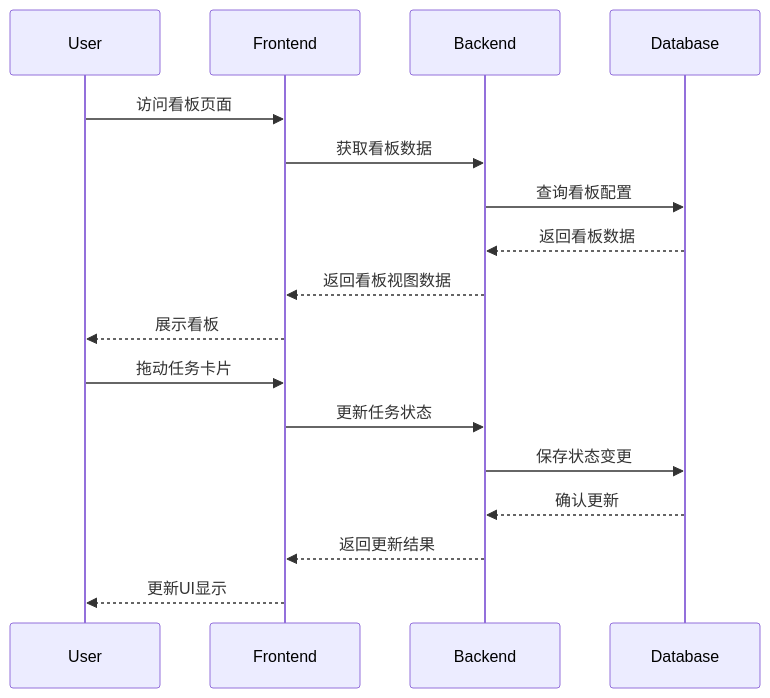
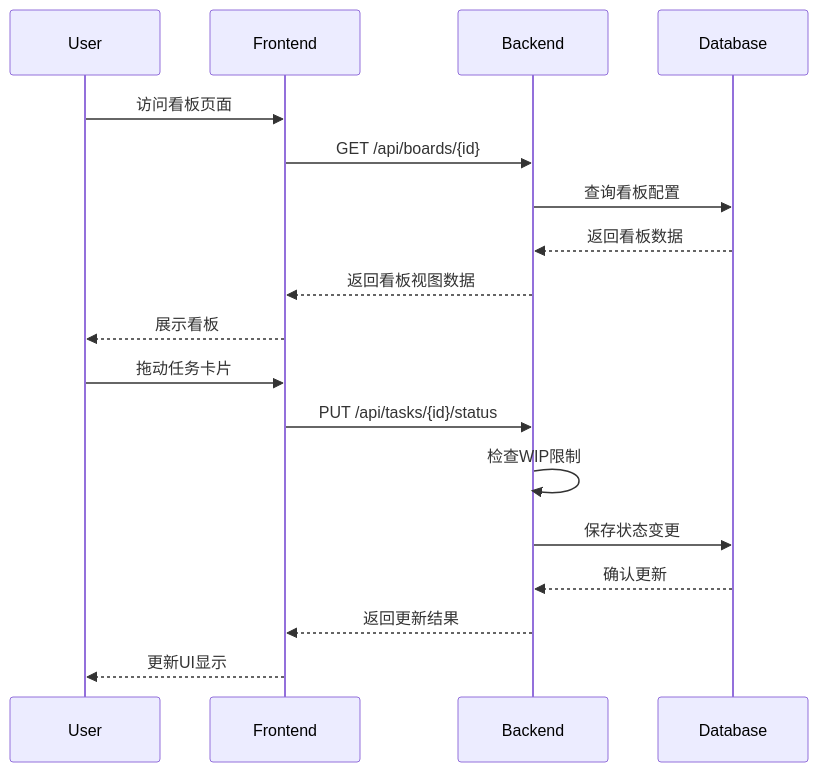
Before and after one commit to yorkdick/gira: the second of 4 diagrams in doc/design/basic-design/functional.md, drawn with Mermaid. The commit also changed other lines of this file and 5 other files, not shown here.

````diff
--- a/doc/design/basic-design/functional.md
+++ b/doc/design/basic-design/functional.md
@@ -52,21 +55,22 @@
 ```mermaid
 sequenceDiagram
     participant User
     participant Frontend
     participant Backend
     participant Database
     
     User->>Frontend: 访问看板页面
-    Frontend->>Backend: 获取看板数据
+    Frontend->>Backend: GET /api/boards/{id}
     Backend->>Database: 查询看板配置
     Database-->>Backend: 返回看板数据
     Backend-->>Frontend: 返回看板视图数据
     Frontend-->>User: 展示看板
     
     User->>Frontend: 拖动任务卡片
-    Frontend->>Backend: 更新任务状态
+    Frontend->>Backend: PUT /api/tasks/{id}/status
+    Backend->>Backend: 检查WIP限制
     Backend->>Database: 保存状态变更
     Database-->>Backend: 确认更新
     Backend-->>Frontend: 返回更新结果
     Frontend-->>User: 更新UI显示
 ```
````
